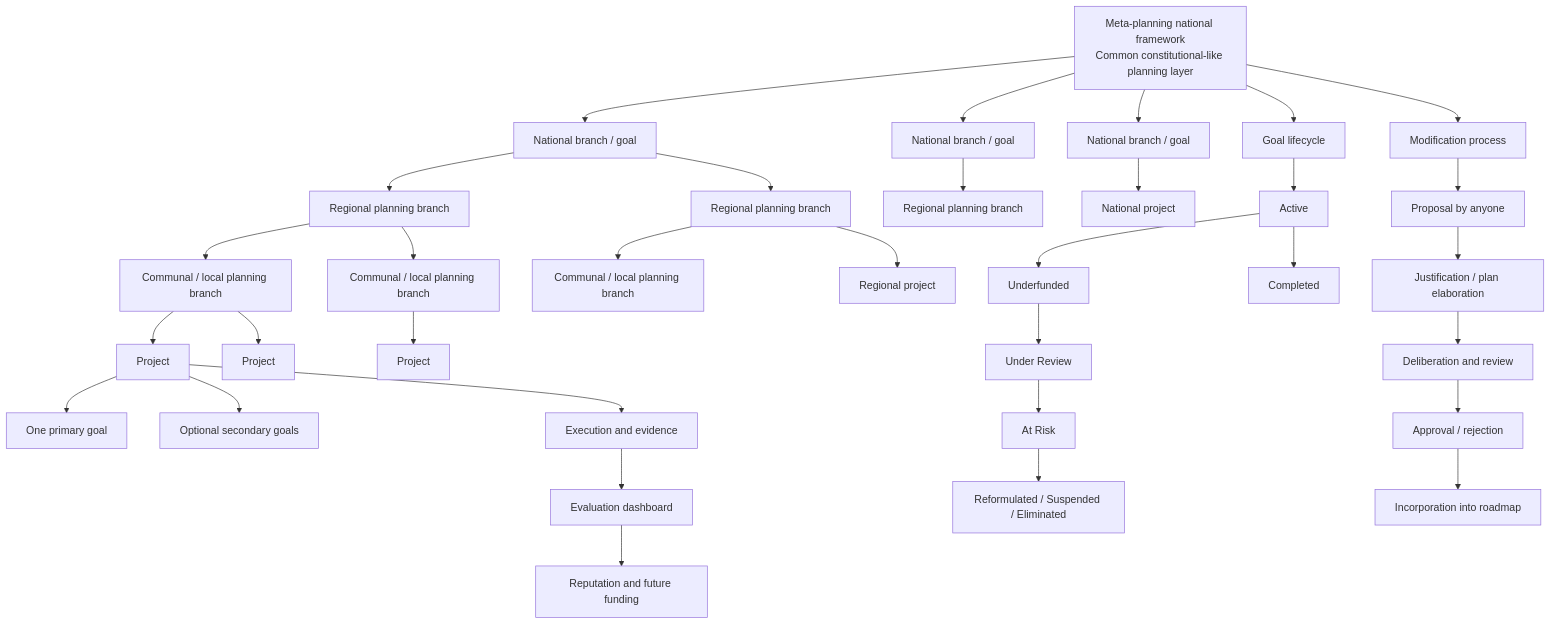
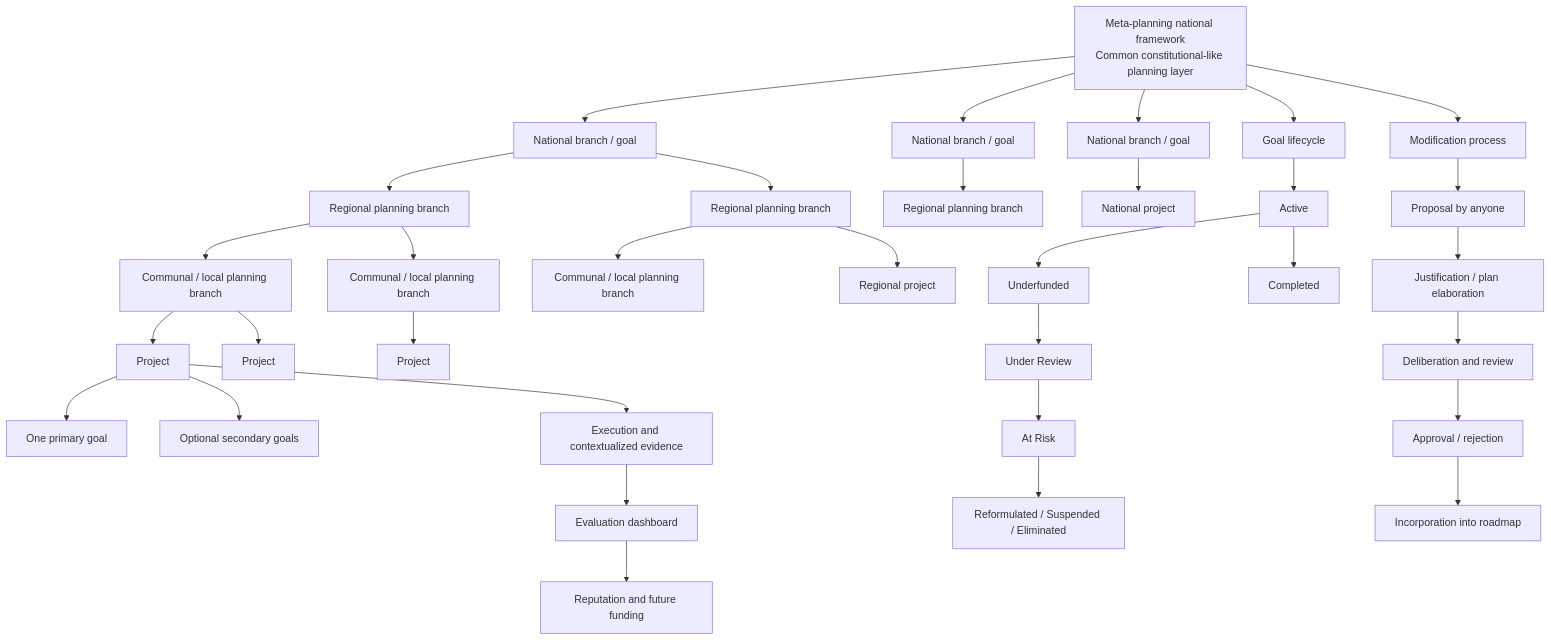
Before and after one commit to moffermann/distributed-governance-research: the diagram in docs/diagrams/distributed-planning-architecture-v1.md, drawn with Mermaid. The commit also changed other lines of this file and 73 other files, not shown here.

````diff
--- a/docs/diagrams/distributed-planning-architecture-v1.md
+++ b/docs/diagrams/distributed-planning-architecture-v1.md
@@ -5,42 +5,42 @@
 ```mermaid
 flowchart TD
     A[Meta-planning national framework<br/>Common constitutional-like planning layer] --> B1[National branch / goal]
     A --> B2[National branch / goal]
     A --> B3[National branch / goal]
 
     B1 --> C1[Regional planning branch]
     B1 --> C2[Regional planning branch]
     B2 --> C3[Regional planning branch]
 
     C1 --> D1[Communal / local planning branch]
     C1 --> D2[Communal / local planning branch]
     C2 --> D3[Communal / local planning branch]
 
     D1 --> P1[Project]
     D1 --> P2[Project]
     D2 --> P3[Project]
     C2 --> P4[Regional project]
     B3 --> P5[National project]
 
     P1 --> R1[One primary goal]
     P1 --> R2[Optional secondary goals]
 
     A --> L[Goal lifecycle]
     L --> L1[Active]
     L1 --> L2[Underfunded]
     L2 --> L3[Under Review]
     L3 --> L4[At Risk]
     L4 --> L5[Reformulated / Suspended / Eliminated]
     L1 --> L6[Completed]
 
     A --> M[Modification process]
     M --> M1[Proposal by anyone]
     M1 --> M2[Justification / plan elaboration]
     M2 --> M3[Deliberation and review]
     M3 --> M4[Approval / rejection]
     M4 --> M5[Incorporation into roadmap]
 
-    P1 --> E[Execution and evidence]
+    P1 --> E[Execution and contextualized evidence]
     E --> F[Evaluation dashboard]
     F --> G[Reputation and future funding]
 ```
````
